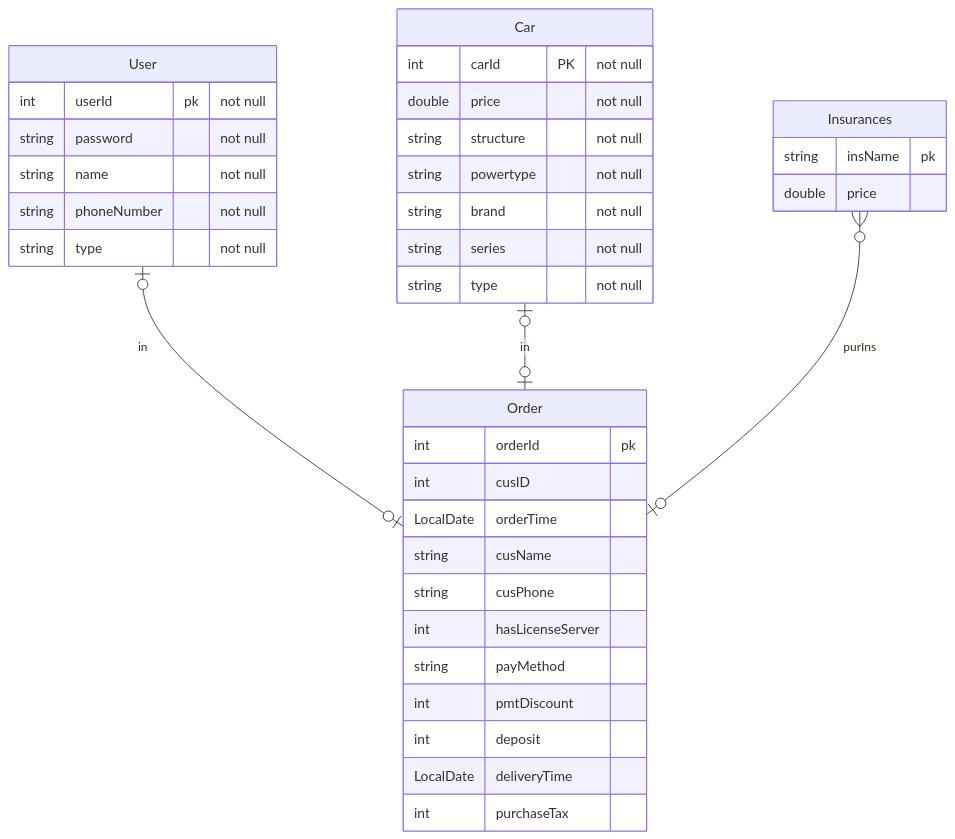
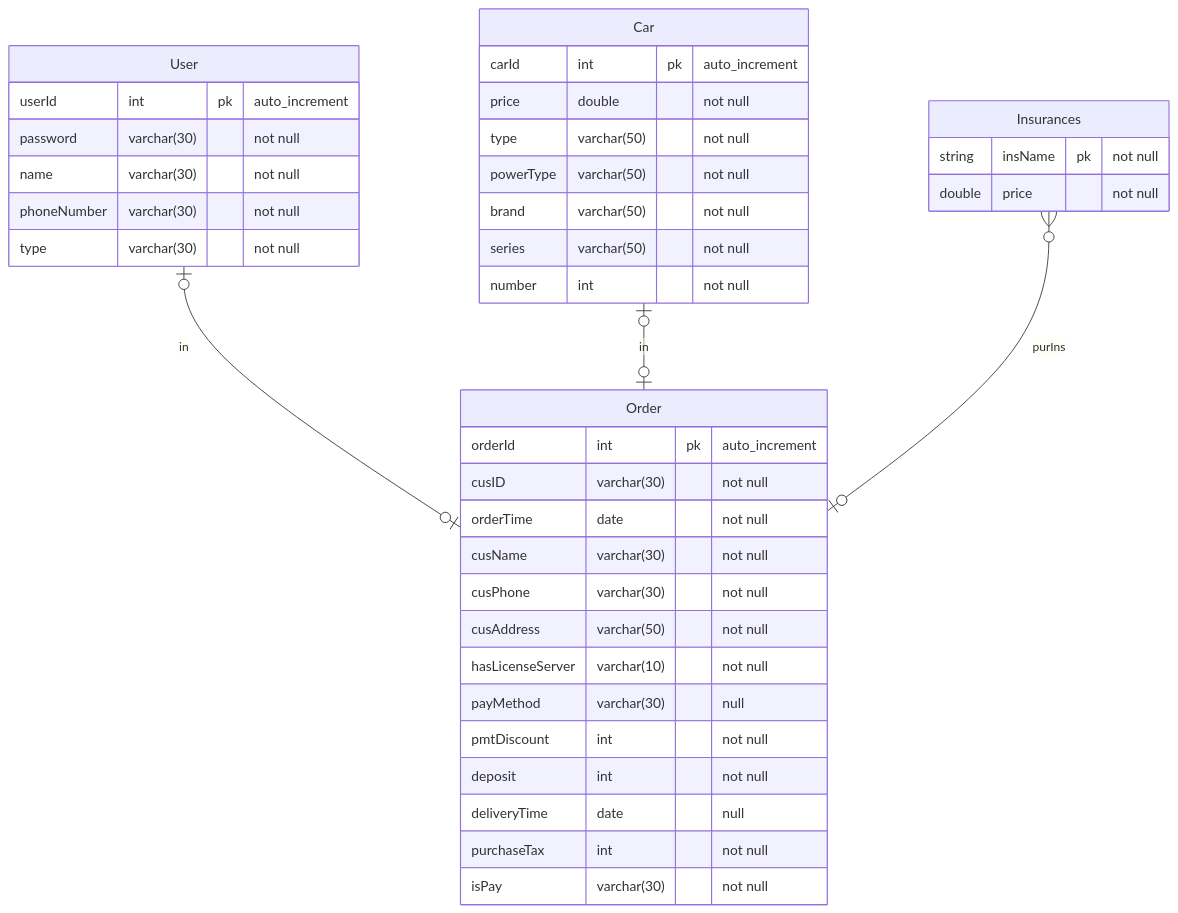
The diagram in README.md (Resince/car-sale-manege-system), drawn with Mermaid before and after one commit. The commit also changed 4 other files, not shown here.

````diff
--- a/README.md
+++ b/README.md
@@ -75,39 +75,41 @@
 ```mermaid
 erDiagram 
     User {
-        int userId pk "not null"
-        string password "not null"
-        string name "not null"
-        string phoneNumber "not null"
-        string type "not null"
+        userId      int 	pk	"auto_increment"
+    	password    varchar(30) "not null"
+    	name        varchar(30) "not null"
+    	phoneNumber varchar(30) "not null"
+    	type        varchar(30) "not null"
     }
     User |o--o| Order: in
     Order{
-    	int orderId pk
-    	int cusID
-    	LocalDate orderTime
-        string cusName
-        string cusPhone
-        int hasLicenseServer
-    	string payMethod 
-    	int pmtDiscount
-    	int deposit
-    	LocalDate deliveryTime
-    	int purchaseTax
+    	orderId          int         pk  "auto_increment"
+        cusID            varchar(30) "not null"
+        orderTime        date        "not null"
+        cusName          varchar(30) "not null"
+        cusPhone         varchar(30) "not null"
+        cusAddress       varchar(50) "not null"
+        hasLicenseServer varchar(10) "not null"
+        payMethod        varchar(30) "null"
+        pmtDiscount      int         "not null"
+        deposit          int         "not null"
+        deliveryTime     date        "null"
+        purchaseTax      int         "not null"
+        isPay            varchar(30) "not null"
     }
     Car |o--o| Order: in
     Car {
-        int carId PK "not null"
-        double price "not null"
-        string structure "not null"
-        string powertype "not null"
-        string brand "not null"
-        string series "not null"
-        string type "not null"
+        carId     int    pk  "auto_increment"
+        price     double      "not null"
+        type      varchar(50) "not null"
+        powerType varchar(50) "not null"
+        brand     varchar(50) "not null"
+        series    varchar(50) "not null"
+        number    int         "not null"
     }
     Insurances }o--o| Order: purIns
     Insurances {
-    	string insName pk
-    	double price
+    	string insName pk "not null"
+    	double price "not null"
     }
 ```
````
